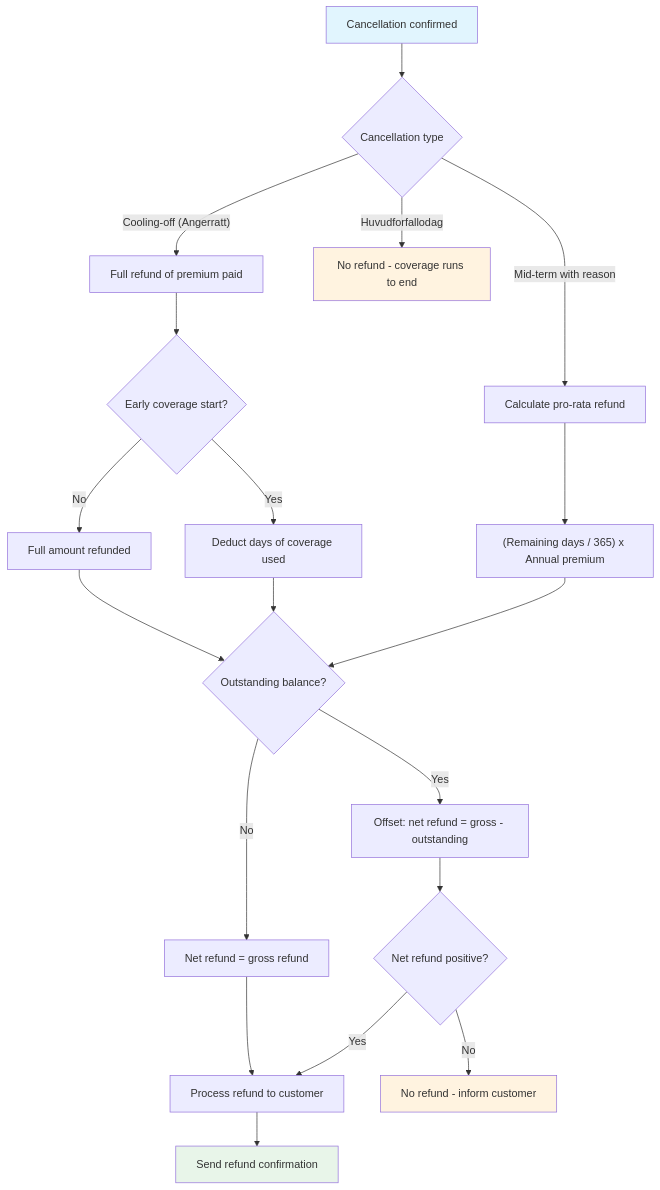
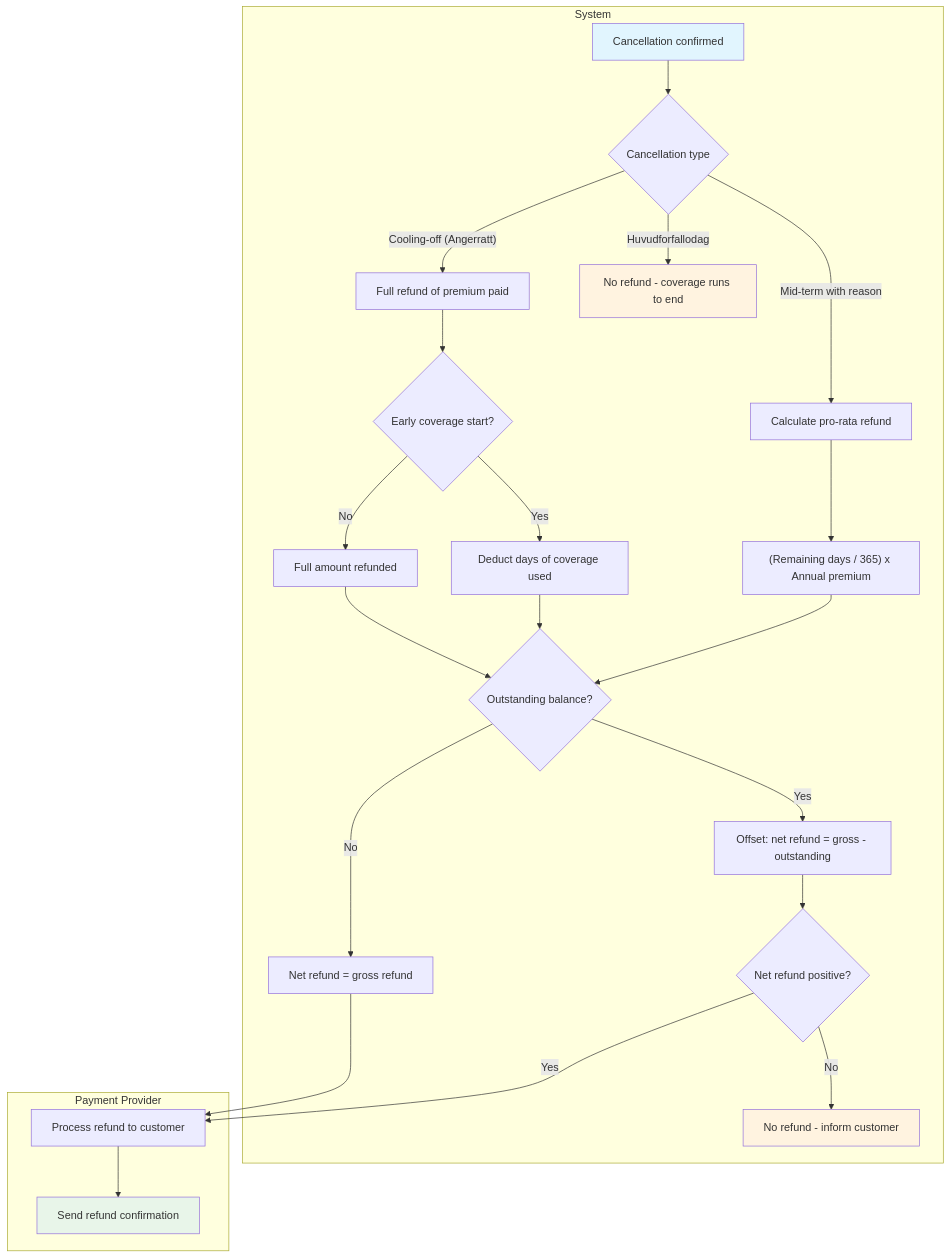
The first of 2 diagrams in docs/phase-1-motor/use-cases/uc-refund-calculation.md (Agentic-software-factory/insurance-platform-requirements), drawn with Mermaid before and after one commit. The commit also changed 13 other files, not shown here.

````diff
--- a/docs/phase-1-motor/use-cases/uc-refund-calculation.md
+++ b/docs/phase-1-motor/use-cases/uc-refund-calculation.md
@@ -38,26 +38,47 @@
 ```mermaid
 flowchart TD
-    A[Cancellation confirmed] --> B{Cancellation type}
-    B -->|"Cooling-off (Angerratt)"| C[Full refund of premium paid]
-    C --> D{Early coverage start?}
-    D -->|Yes| E[Deduct days of coverage used]
-    D -->|No| F[Full amount refunded]
-    B -->|Huvudforfallodag| G[No refund - coverage runs to end]
-    B -->|Mid-term with reason| H[Calculate pro-rata refund]
-    H --> I["(Remaining days / 365) x Annual premium"]
-    I --> J{Outstanding balance?}
+    subgraph System
+        A[Cancellation confirmed]
+        B{Cancellation type}
+        C[Full refund of premium paid]
+        D{Early coverage start?}
+        E[Deduct days of coverage used]
+        F[Full amount refunded]
+        G[No refund - coverage runs to end]
+        H[Calculate pro-rata refund]
+        I["(Remaining days / 365) x Annual premium"]
+        J{Outstanding balance?}
+        K[Offset: net refund = gross - outstanding]
+        L[Net refund = gross refund]
+        M{Net refund positive?}
+        O[No refund - inform customer]
+    end
+    subgraph Payment Provider
+        N[Process refund to customer]
+        P[Send refund confirmation]
+    end
+
+    A --> B
+    B -->|"Cooling-off (Angerratt)"| C
+    C --> D
+    D -->|Yes| E
+    D -->|No| F
+    B -->|Huvudforfallodag| G
+    B -->|Mid-term with reason| H
+    H --> I
+    I --> J
     E --> J
     F --> J
-    J -->|Yes| K[Offset: net refund = gross - outstanding]
-    J -->|No| L[Net refund = gross refund]
-    K --> M{Net refund positive?}
-    M -->|Yes| N[Process refund to customer]
-    M -->|No| O[No refund - inform customer]
+    J -->|Yes| K
+    J -->|No| L
+    K --> M
+    M -->|Yes| N
+    M -->|No| O
     L --> N
-    N --> P[Send refund confirmation]
+    N --> P
 
     style A fill:#e1f5fe
     style P fill:#e8f5e9
     style G fill:#fff3e0
     style O fill:#fff3e0
 ```
````
